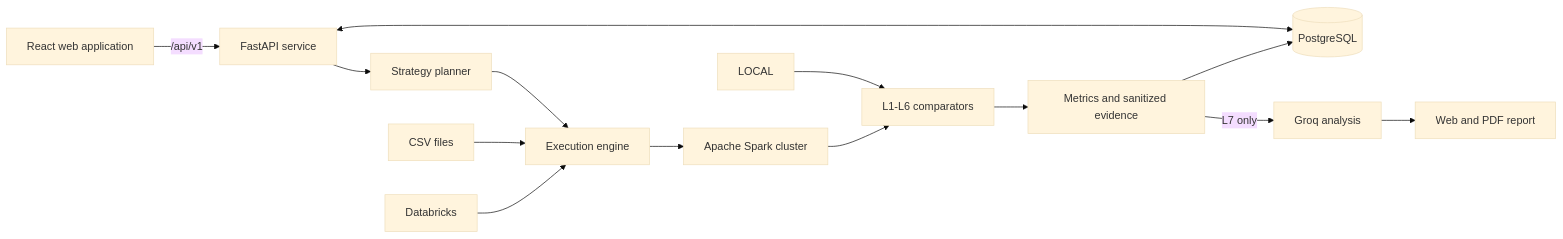
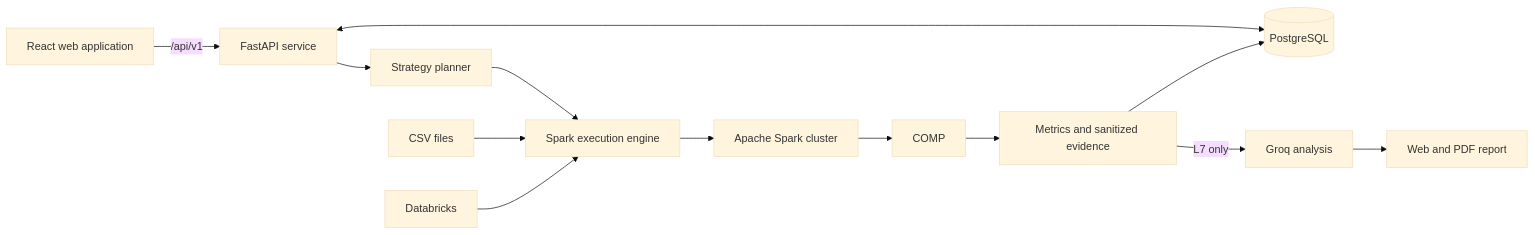
The diagram in README.md (Manjunatha184/Intelligent-Data-Comparator), drawn with Mermaid (base theme) before and after one commit. The commit also changed other lines of this file, not shown here.

````diff
--- a/README.md
+++ b/README.md
@@ -54,16 +54,15 @@
 ```mermaid
 flowchart LR
     UI[React web application] -->|/api/v1| API[FastAPI service]
     API --> PLAN[Strategy planner]
-    PLAN --> EXEC[Execution engine]
+    PLAN --> EXEC[Spark execution engine]
     EXEC --> SPARK[Apache Spark cluster]
-    LOCAL --> COMP[L1-L6 comparators]
     SPARK --> COMP
     CSV[CSV files] --> EXEC
     DBX[Databricks] --> EXEC
     API <--> PG[(PostgreSQL)]
     COMP --> EVIDENCE[Metrics and sanitized evidence]
     EVIDENCE --> PG
     EVIDENCE -->|L7 only| LLM[Groq analysis]
     LLM --> REPORT[Web and PDF report]
 ```
````
